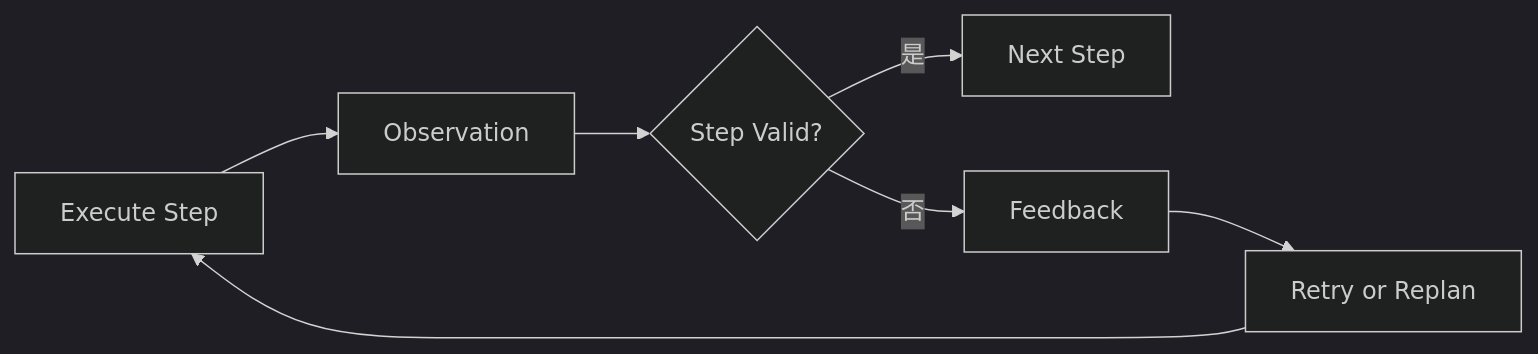
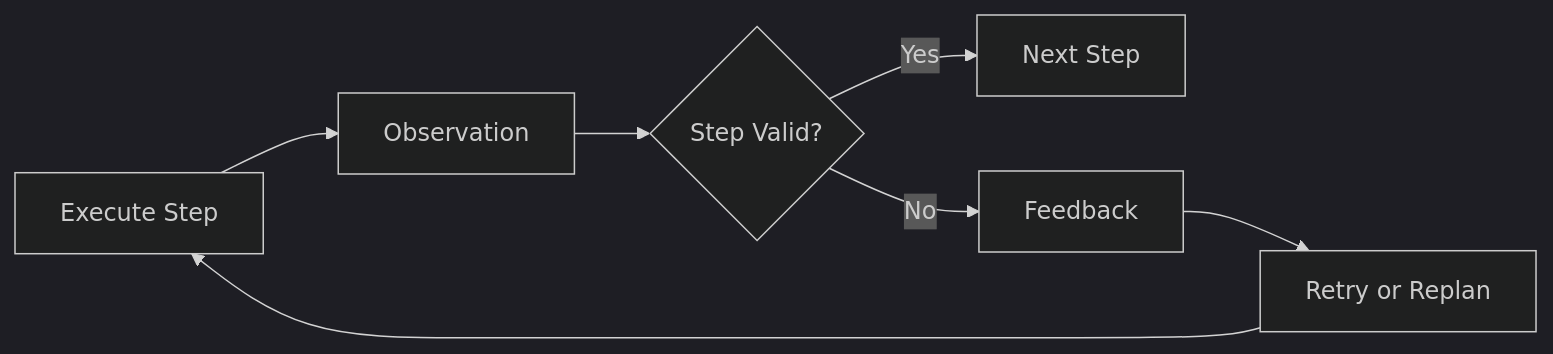
One commit to oneleaveknowsthefall/awesome-ai-roadmap changed the sixth of 23 diagrams in docs/agent/02-reasoning-planning/12-agent-reflection.md. Above: the diagram before and after it, drawn with Mermaid (dark theme). The commit also changed other lines of this file and 68 other files, not shown here.

````diff
--- a/docs/agent/02-reasoning-planning/12-agent-reflection.md
+++ b/docs/agent/02-reasoning-planning/12-agent-reflection.md
@@ -158,9 +158,9 @@
 ```mermaid
 flowchart LR
     S[Execute Step] --> O[Observation]
     O --> V{Step Valid?}
-    V -->|是| N[Next Step]
-    V -->|否| F[Feedback]
+    V -->|Yes| N[Next Step]
+    V -->|No| F[Feedback]
     F --> R[Retry or Replan]
     R --> S
 ```
````
